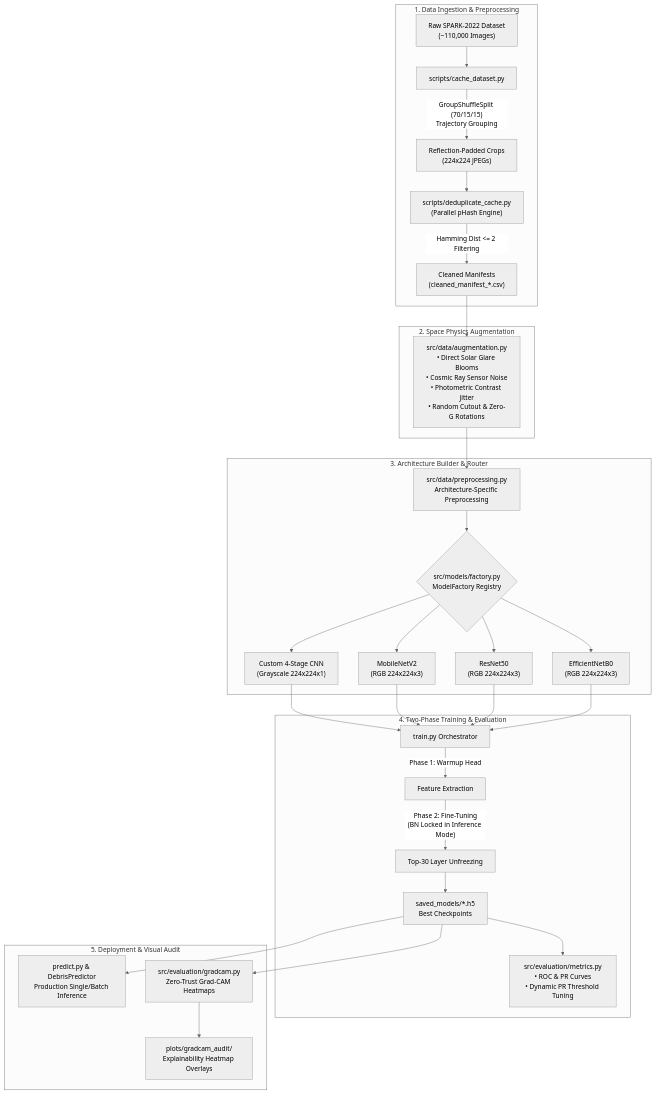
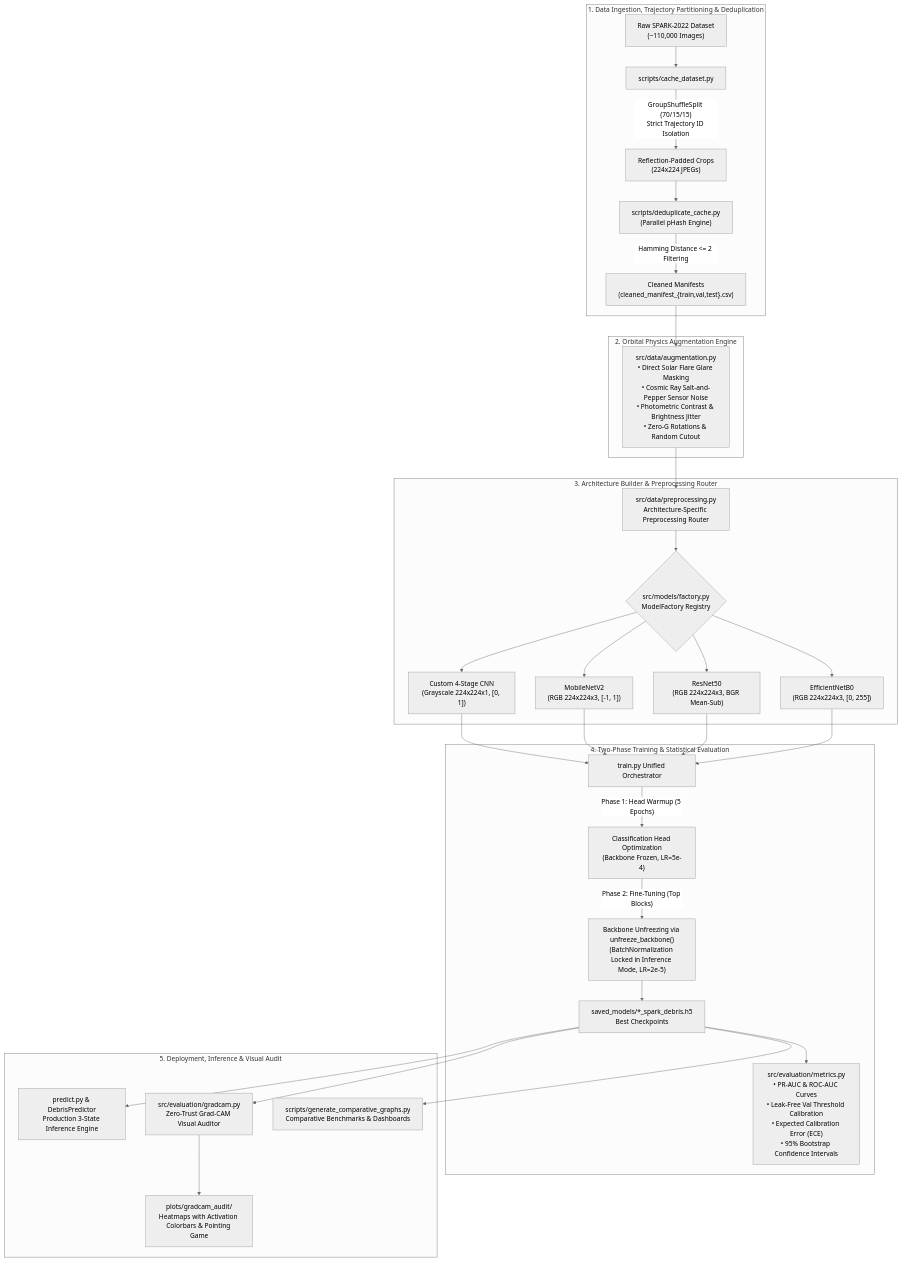
Before and after one commit to RonithJSalian18/Space-Derbis-Identification: the diagram in README.md, drawn with Mermaid (neutral theme). The commit also changed other lines of this file, not shown here.

````diff
--- a/README.md
+++ b/README.md
@@ -51,36 +55,37 @@
 ```mermaid
 flowchart TD
-    subgraph Data_Engineering["1. Data Ingestion & Preprocessing"]
+    subgraph Data_Engineering["1. Data Ingestion, Trajectory Partitioning & Deduplication"]
         A["Raw SPARK-2022 Dataset<br/>(~110,000 Images)"] --> B["scripts/cache_dataset.py"]
-        B -->|"GroupShuffleSplit (70/15/15)<br/>Trajectory Grouping"| C["Reflection-Padded Crops<br/>(224x224 JPEGs)"]
+        B -->|"GroupShuffleSplit (70/15/15)<br/>Strict Trajectory ID Isolation"| C["Reflection-Padded Crops<br/>(224x224 JPEGs)"]
         C --> D["scripts/deduplicate_cache.py<br/>(Parallel pHash Engine)"]
-        D -->|"Hamming Dist <= 2 Filtering"| E["Cleaned Manifests<br/>(cleaned_manifest_*.csv)"]
+        D -->|"Hamming Distance <= 2 Filtering"| E["Cleaned Manifests<br/>(cleaned_manifest_{train,val,test}.csv)"]
     end
 
-    subgraph Augmentation_Pipeline["2. Space Physics Augmentation"]
-        E --> F["src/data/augmentation.py<br/>• Direct Solar Glare Blooms<br/>• Cosmic Ray Sensor Noise<br/>• Photometric Contrast Jitter<br/>• Random Cutout & Zero-G Rotations"]
+    subgraph Augmentation_Pipeline["2. Orbital Physics Augmentation Engine"]
+        E --> F["src/data/augmentation.py<br/>• Direct Solar Flare Glare Masking<br/>• Cosmic Ray Salt-and-Pepper Sensor Noise<br/>• Photometric Contrast & Brightness Jitter<br/>• Zero-G Rotations & Random Cutout"]
     end
 
-    subgraph Model_Factory["3. Architecture Builder & Router"]
-        F --> G["src/data/preprocessing.py<br/>Architecture-Specific Preprocessing"]
+    subgraph Model_Factory["3. Architecture Builder & Preprocessing Router"]
+        F --> G["src/data/preprocessing.py<br/>Architecture-Specific Preprocessing Router"]
         G --> H{"src/models/factory.py<br/>ModelFactory Registry"}
-        H --> H1["Custom 4-Stage CNN<br/>(Grayscale 224x224x1)"]
-        H --> H2["MobileNetV2<br/>(RGB 224x224x3)"]
-        H --> H3["ResNet50<br/>(RGB 224x224x3)"]
-        H --> H4["EfficientNetB0<br/>(RGB 224x224x3)"]
+        H --> H1["Custom 4-Stage CNN<br/>(Grayscale 224x224x1, [0, 1])"]
+        H --> H2["MobileNetV2<br/>(RGB 224x224x3, [-1, 1])"]
+        H --> H3["ResNet50<br/>(RGB 224x224x3, BGR Mean-Sub)"]
+        H --> H4["EfficientNetB0<br/>(RGB 224x224x3, [0, 255])"]
     end
 
-    subgraph Training_Evaluation["4. Two-Phase Training & Evaluation"]
-        H1 & H2 & H3 & H4 --> I["train.py Orchestrator"]
-        I -->|"Phase 1: Warmup Head"| J["Feature Extraction"]
-        J -->|"Phase 2: Fine-Tuning<br/>(BN Locked in Inference Mode)"| K["Top-30 Layer Unfreezing"]
-        K --> L["saved_models/*.h5<br/>Best Checkpoints"]
-        L --> M["src/evaluation/metrics.py<br/>• ROC & PR Curves<br/>• Dynamic PR Threshold Tuning"]
+    subgraph Training_Evaluation["4. Two-Phase Training & Statistical Evaluation"]
+        H1 & H2 & H3 & H4 --> I["train.py Unified Orchestrator"]
+        I -->|"Phase 1: Head Warmup (5 Epochs)"| J["Classification Head Optimization<br/>(Backbone Frozen, LR=5e-4)"]
+        J -->|"Phase 2: Fine-Tuning (Top Blocks)"| K["Backbone Unfreezing via unfreeze_backbone()<br/>(BatchNormalization Locked in Inference Mode, LR=2e-5)"]
+        K --> L["saved_models/*_spark_debris.h5<br/>Best Checkpoints"]
+        L --> M["src/evaluation/metrics.py<br/>• PR-AUC & ROC-AUC Curves<br/>• Leak-Free Val Threshold Calibration<br/>• Expected Calibration Error (ECE)<br/>• 95% Bootstrap Confidence Intervals"]
     end
 
-    subgraph Production_Audit["5. Deployment & Visual Audit"]
-        L --> N["predict.py & DebrisPredictor<br/>Production Single/Batch Inference"]
-        L --> O["src/evaluation/gradcam.py<br/>Zero-Trust Grad-CAM Heatmaps"]
-        O --> P["plots/gradcam_audit/<br/>Explainability Heatmap Overlays"]
+    subgraph Production_Audit["5. Deployment, Inference & Visual Audit"]
+        L --> N["predict.py & DebrisPredictor<br/>Production 3-State Inference Engine"]
+        L --> O["src/evaluation/gradcam.py<br/>Zero-Trust Grad-CAM Visual Auditor"]
+        O --> P["plots/gradcam_audit/<br/>Heatmaps with Activation Colorbars & Pointing Game"]
+        L --> Q["scripts/generate_comparative_graphs.py<br/>Comparative Benchmarks & Dashboards"]
     end
 ```
````
